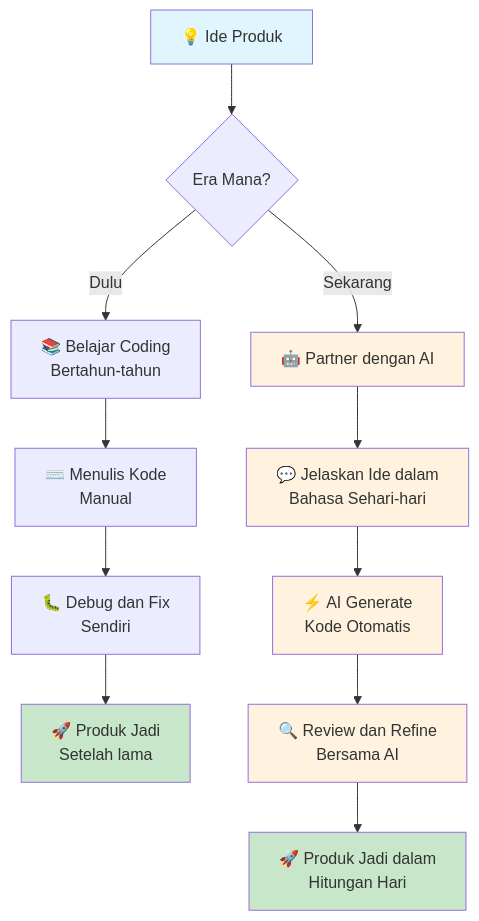
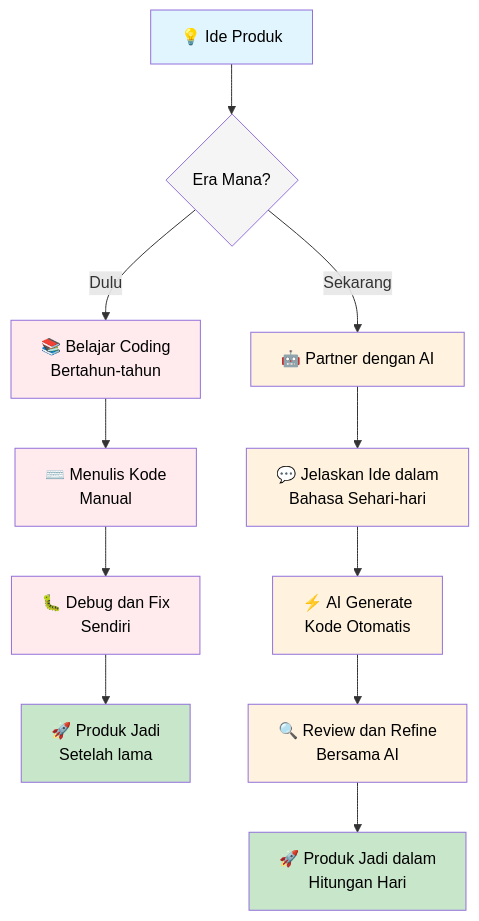
One commit to antonprafanto/vibecoding changed the first of 6 diagrams in modul1pemula.md. Above: the diagram before and after it, drawn with Mermaid. The commit also changed other lines of this file, not shown here.

````diff
--- a/modul1pemula.md
+++ b/modul1pemula.md
@@ -28,23 +28,27 @@
 ```mermaid
 graph TD
     A[💡 Ide Produk] --> B{Era Mana?}
     
     B -->|Dulu| C[📚 Belajar Coding<br/>Bertahun-tahun]
     C --> D[⌨️ Menulis Kode<br/>Manual]
     D --> E[🐛 Debug dan Fix<br/>Sendiri]
     E --> F[🚀 Produk Jadi<br/>Setelah lama]
     
     B -->|Sekarang| G[🤖 Partner dengan AI]
     G --> H[💬 Jelaskan Ide dalam<br/>Bahasa Sehari-hari]
     H --> I[⚡ AI Generate<br/>Kode Otomatis]
     I --> J[🔍 Review dan Refine<br/>Bersama AI]
     J --> K[🚀 Produk Jadi dalam<br/>Hitungan Hari]
     
-    style A fill:#e1f5fe
-    style F fill:#c8e6c9
-    style K fill:#c8e6c9
-    style G fill:#fff3e0
-    style H fill:#fff3e0
-    style I fill:#fff3e0
-    style J fill:#fff3e0
+    style A fill:#e1f5fe,color:#000
+    style B fill:#f5f5f5,color:#000
+    style C fill:#ffebee,color:#000
+    style D fill:#ffebee,color:#000
+    style E fill:#ffebee,color:#000
+    style F fill:#c8e6c9,color:#000
+    style G fill:#fff3e0,color:#000
+    style H fill:#fff3e0,color:#000
+    style I fill:#fff3e0,color:#000
+    style J fill:#fff3e0,color:#000
+    style K fill:#c8e6c9,color:#000
 ```
````
